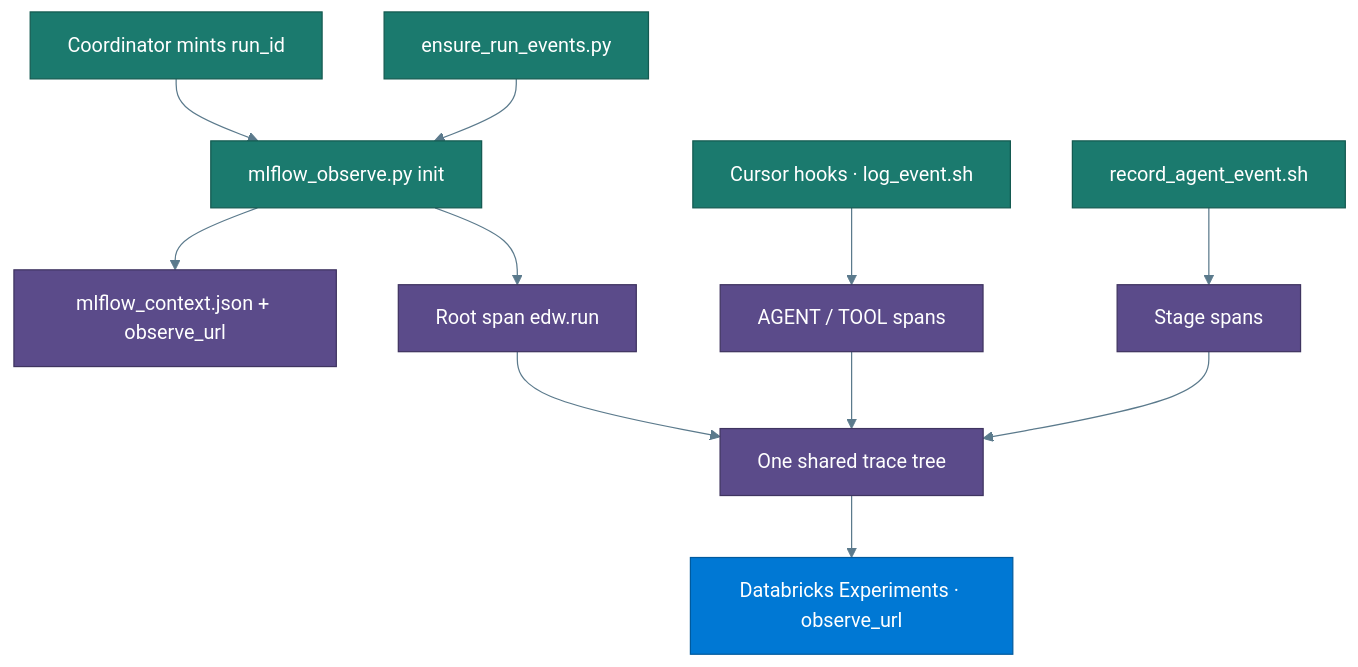
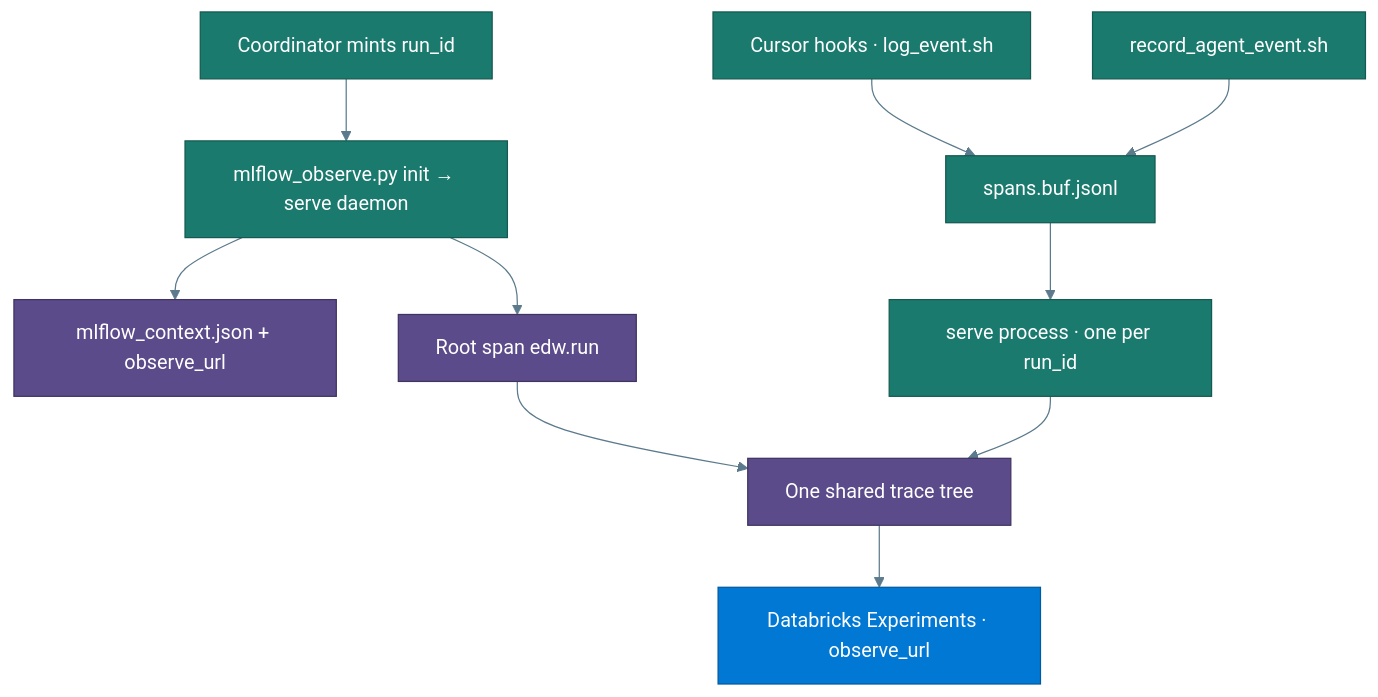
One commit to Jericho2010/edwmigration changed the second of 2 diagrams in docs/mlflow.md. Above: the diagram before and after it, drawn with Mermaid. The commit also changed other lines of this file and 50 other files, not shown here.

````diff
--- a/docs/mlflow.md
+++ b/docs/mlflow.md
@@ -43,20 +43,19 @@
 ```mermaid
 %%{init: {"theme":"base","themeVariables":{"primaryColor":"#E8F1F8","primaryTextColor":"#0B3D5C","primaryBorderColor":"#0B3D5C","lineColor":"#5B7A8C","secondaryColor":"#E6F4F1","tertiaryColor":"#F7F3EA","background":"#FFFFFF","mainBkg":"#E8F1F8","clusterBkg":"#F7FAFC","clusterBorder":"#5B7A8C","titleColor":"#0B3D5C","edgeLabelBackground":"#FFFFFF"}}}%%
 flowchart TD
-  Mint[Coordinator mints run_id] --> Init["mlflow_observe.py init"]
+  Mint[Coordinator mints run_id] --> Init["mlflow_observe.py init → serve daemon"]
   Init --> Ctx[mlflow_context.json + observe_url]
   Init --> Root[Root span edw.run]
-  CursorHooks[Cursor hooks · log_event.sh] --> Spans
-  Record[record_agent_event.sh] --> Stage[Stage spans]
-  Ensure[ensure_run_events.py] --> Init
-  Spans[AGENT / TOOL spans] --> Tree[One shared trace tree]
-  Stage --> Tree
+  CursorHooks[Cursor hooks · log_event.sh] --> Queue[spans.buf.jsonl]
+  Record[record_agent_event.sh] --> Queue
+  Queue --> Serve[serve process · one per run_id]
+  Serve --> Tree[One shared trace tree]
   Root --> Tree
   Tree --> DBX[Databricks Experiments · observe_url]
   classDef agent fill:#1B7A6E,stroke:#145A51,color:#fff
   classDef ops fill:#5B4B8A,stroke:#3F3460,color:#fff
   classDef azureC fill:#0078D4,stroke:#005A9E,color:#fff
-  class Mint,Init,Ensure,CursorHooks,Record agent
-  class Ctx,Root,Spans,Stage,Tree ops
+  class Mint,Init,CursorHooks,Record,Serve,Queue agent
+  class Ctx,Root,Tree ops
   class DBX azureC
 ```
````
